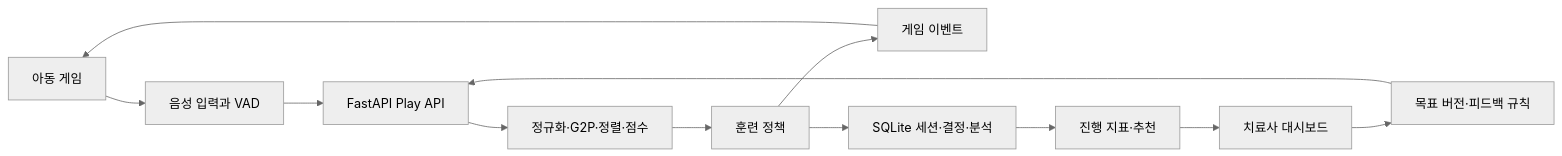
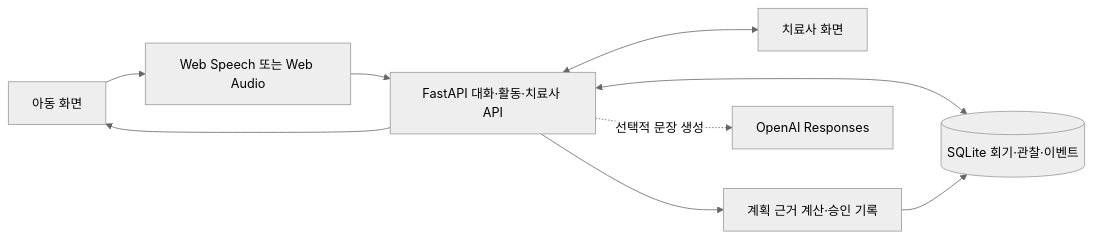
One commit to Riddlerio/s_project changed the diagram in docs/ARCHITECTURE.md. Above: the diagram before and after it, drawn with Mermaid (neutral theme). The commit also changed other lines of this file and 28 other files, not shown here.

````diff
--- a/docs/ARCHITECTURE.md
+++ b/docs/ARCHITECTURE.md
@@ -7,14 +7,11 @@
 ```mermaid
 flowchart LR
-  A[아동 게임] --> B[음성 입력과 VAD]
-  B --> C[FastAPI Play API]
-  C --> D[정규화·G2P·정렬·점수]
-  D --> E[훈련 정책]
-  E --> F[게임 이벤트]
-  F --> A
-  E --> G[SQLite 세션·결정·분석]
-  G --> H[진행 지표·추천]
-  H --> I[치료사 대시보드]
-  I --> J[목표 버전·피드백 규칙]
-  J --> C
+  A[아동 화면] --> B[Web Speech 또는 Web Audio]
+  B --> C[FastAPI 대화·활동·치료사 API]
+  C <--> D[(SQLite 회기·관찰·이벤트)]
+  C --> A
+  C <--> E[치료사 화면]
+  C --> F[계획 근거 계산·승인 기록]
+  F --> D
+  C -. 선택적 문장 생성 .-> G[OpenAI Responses]
 ```
````
